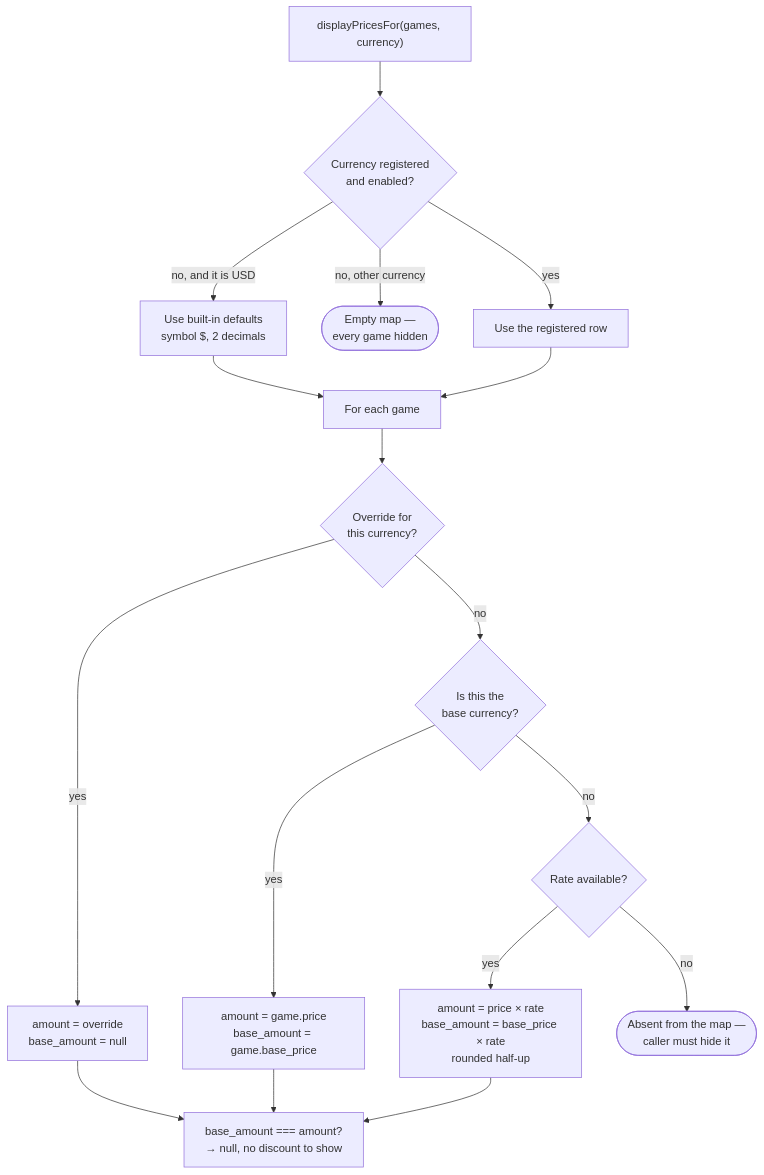
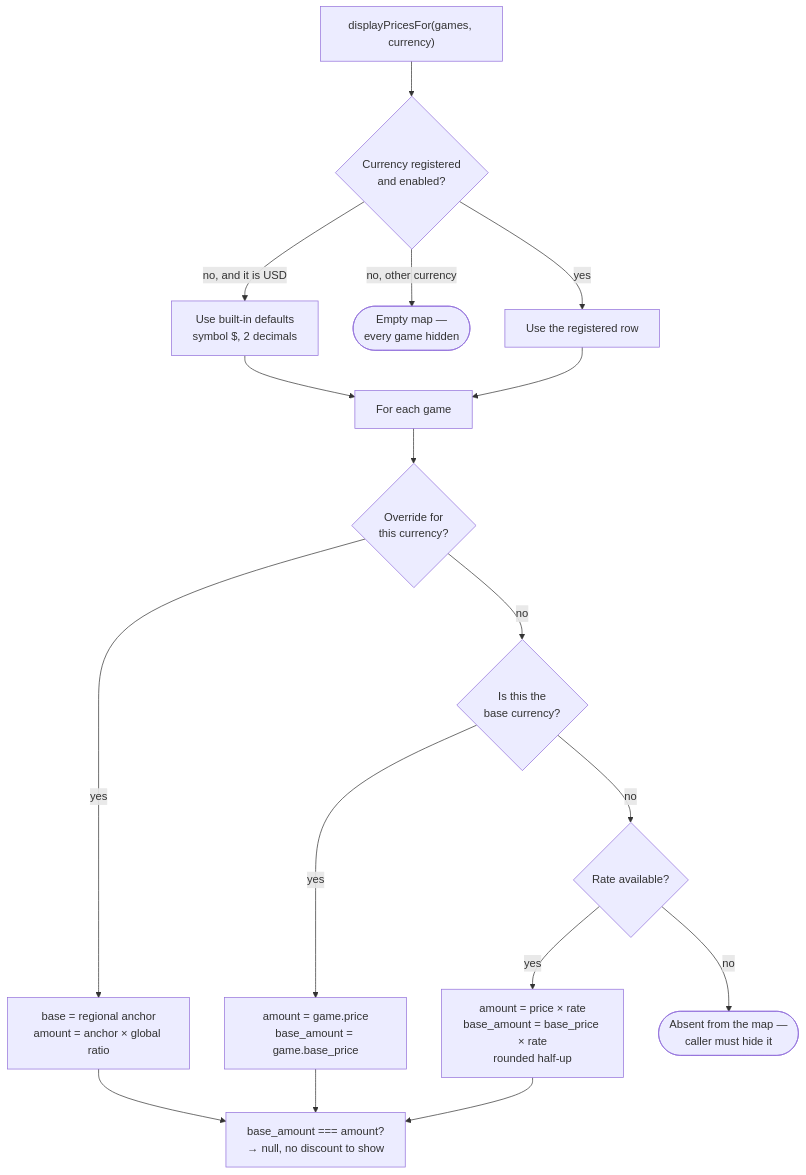
Before and after one commit to pedromello/manifoldpowered.com: the third of 4 diagrams in docs/payments-architecture.md, drawn with Mermaid. The commit also changed other lines of this file and 5 other files, not shown here.

````diff
--- a/docs/payments-architecture.md
+++ b/docs/payments-architecture.md
@@ -119,22 +119,22 @@
 ```mermaid
 flowchart TD
     S["displayPricesFor(games, currency)"] --> C{"Currency registered<br/>and enabled?"}
     C -->|no, and it is USD| BASE["Use built-in defaults<br/>symbol $, 2 decimals"]
     C -->|no, other currency| EMPTY(["Empty map —<br/>every game hidden"])
     C -->|yes| OK["Use the registered row"]
 
     BASE --> LOOP
     OK --> LOOP["For each game"]
 
     LOOP --> O{"Override for<br/>this currency?"}
-    O -->|yes| OV["amount = override<br/>base_amount = null"]
+    O -->|yes| OV["base = regional anchor<br/>amount = anchor × global ratio"]
     O -->|no| B{"Is this the<br/>base currency?"}
     B -->|yes| BB["amount = game.price<br/>base_amount = game.base_price"]
     B -->|no| RT{"Rate available?"}
     RT -->|yes| CV["amount = price × rate<br/>base_amount = base_price × rate<br/>rounded half-up"]
     RT -->|no| SKIP(["Absent from the map —<br/>caller must hide it"])
 
     OV --> EQ
     BB --> EQ
     CV --> EQ["base_amount === amount?<br/>→ null, no discount to show"]
 ```
````
